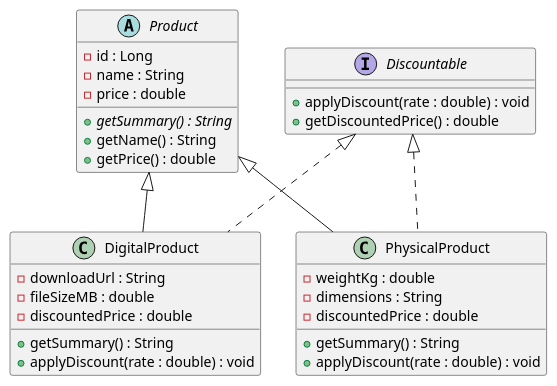
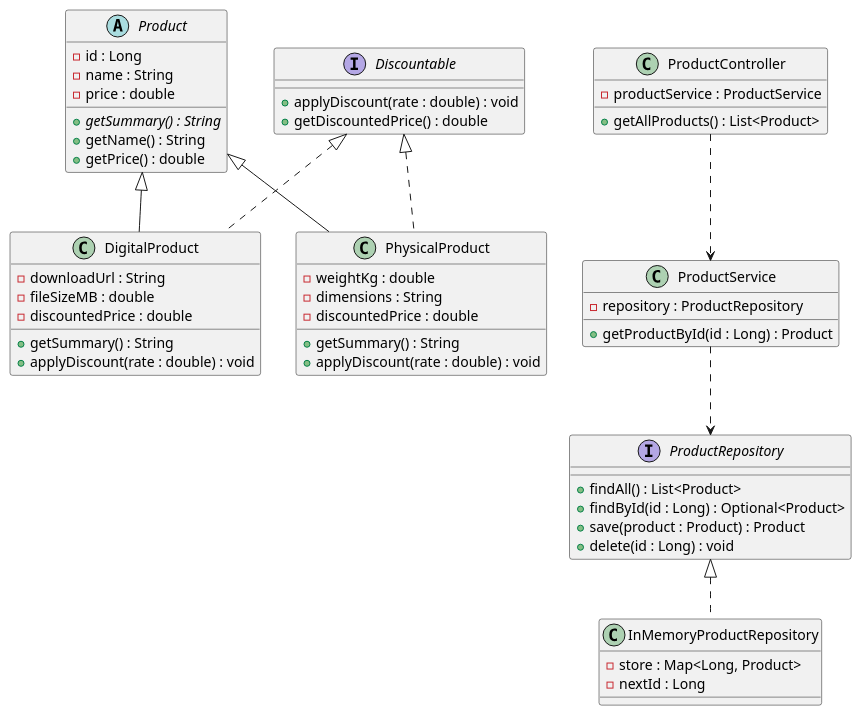
Before and after one commit to Bihara7/Tutorials: the diagram in src/main/java/uk/ac/westminster/products_api/TUTE 5.puml, drawn with PlantUML. The commit also changed 7 other files, not shown here.

```diff
--- a/src/main/java/uk/ac/westminster/products_api/TUTE 5.puml
+++ b/src/main/java/uk/ac/westminster/products_api/TUTE 5.puml
@@ -1,42 +1,69 @@
 @startuml
 
 abstract class Product {
     - id : Long
     - name : String
     - price : double
 
     + {abstract} getSummary() : String
     + getName() : String
     + getPrice() : double
 }
 
 interface Discountable {
     + applyDiscount(rate : double) : void
     + getDiscountedPrice() : double
 }
 
 class DigitalProduct {
     - downloadUrl : String
     - fileSizeMB : double
     - discountedPrice : double
 
     + getSummary() : String
     + applyDiscount(rate : double) : void
 }
 
 class PhysicalProduct {
     - weightKg : double
     - dimensions : String
     - discountedPrice : double
 
     + getSummary() : String
     + applyDiscount(rate : double) : void
 }
 
 Product <|-- DigitalProduct
 Product <|-- PhysicalProduct
 
 Discountable <|.. DigitalProduct
 Discountable <|.. PhysicalProduct
 
+class ProductController {
+    - productService : ProductService
+    + getAllProducts() : List<Product>
+}
+
+class ProductService {
+    - repository : ProductRepository
+    + getProductById(id : Long) : Product
+}
+
+interface ProductRepository {
+    + findAll() : List<Product>
+    + findById(id : Long) : Optional<Product>
+    + save(product : Product) : Product
+    + delete(id : Long) : void
+}
+
+class InMemoryProductRepository {
+    - store : Map<Long, Product>
+    - nextId : Long
+}
+
+ProductRepository <|.. InMemoryProductRepository
+
+ProductController ..> ProductService
+ProductService ..> ProductRepository
+
 @enduml
```
